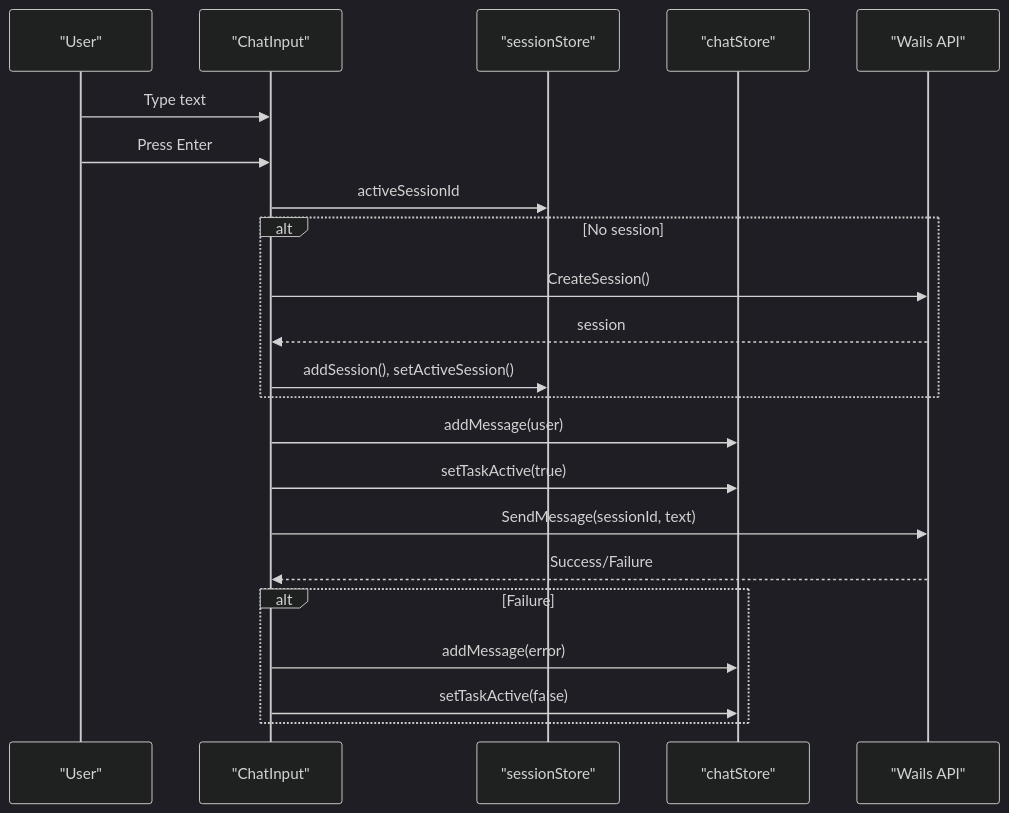
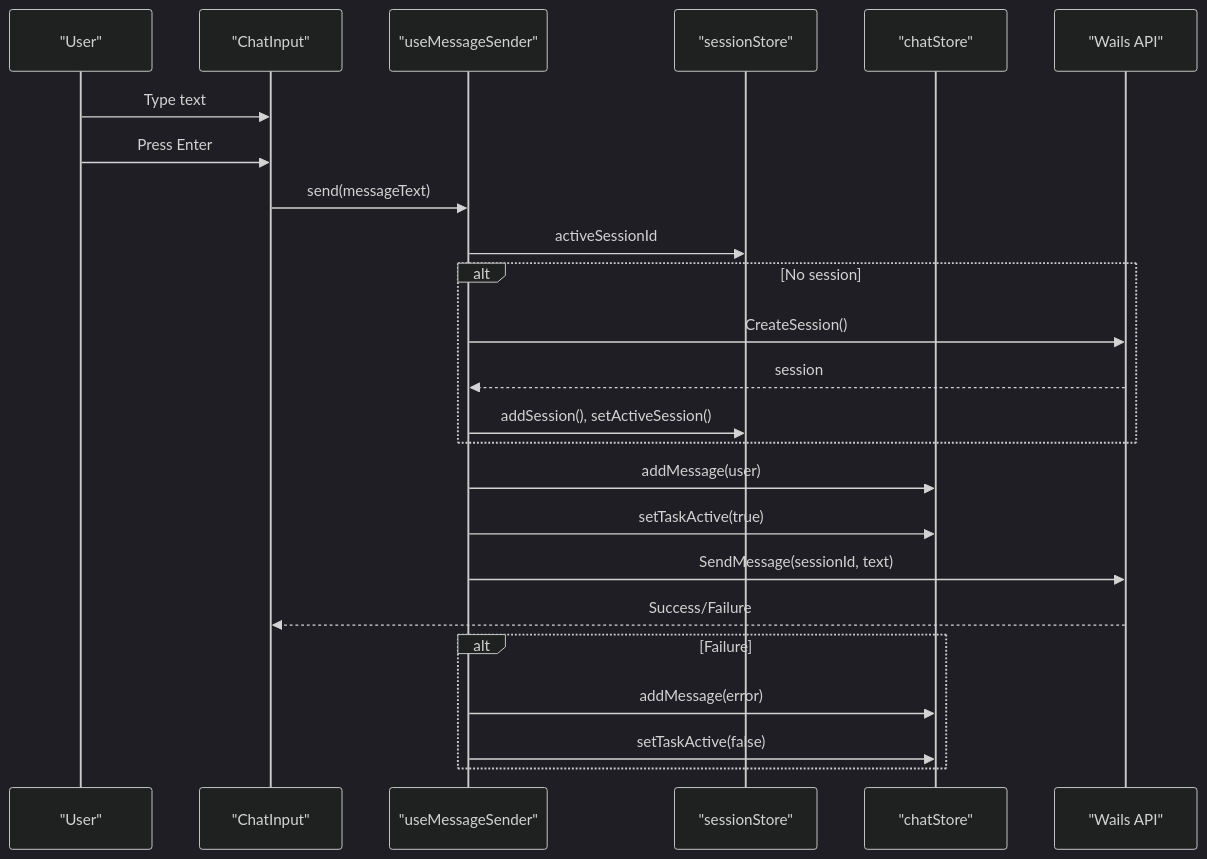
The eighth of 17 diagrams in .qoder/repowiki/en/content/Frontend Application/UI Components/Chat Interface Components.md (v0lka/c0wrk), drawn with Mermaid (dark theme) before and after one commit. The commit also changed other lines of this file and 35 other files, not shown here.

````diff
--- a/.qoder/repowiki/en/content/Frontend Application/UI Components/Chat Interface Components.md
+++ b/.qoder/repowiki/en/content/Frontend Application/UI Components/Chat Interface Components.md
@@ -404,24 +431,26 @@
 ```mermaid
 sequenceDiagram
 participant U as "User"
 participant CI as "ChatInput"
+participant UMS as "useMessageSender"
 participant SS as "sessionStore"
 participant CS as "chatStore"
 participant API as "Wails API"
 U->>CI : Type text
 U->>CI : Press Enter
-CI->>SS : activeSessionId
+CI->>UMS : send(messageText)
+UMS->>SS : activeSessionId
 alt No session
-CI->>API : CreateSession()
-API-->>CI : session
-CI->>SS : addSession(), setActiveSession()
+UMS->>API : CreateSession()
+API-->>UMS : session
+UMS->>SS : addSession(), setActiveSession()
 end
-CI->>CS : addMessage(user)
-CI->>CS : setTaskActive(true)
-CI->>API : SendMessage(sessionId, text)
+UMS->>CS : addMessage(user)
+UMS->>CS : setTaskActive(true)
+UMS->>API : SendMessage(sessionId, text)
 API-->>CI : Success/Failure
 alt Failure
-CI->>CS : addMessage(error)
-CI->>CS : setTaskActive(false)
+UMS->>CS : addMessage(error)
+UMS->>CS : setTaskActive(false)
 end
 ```
````
